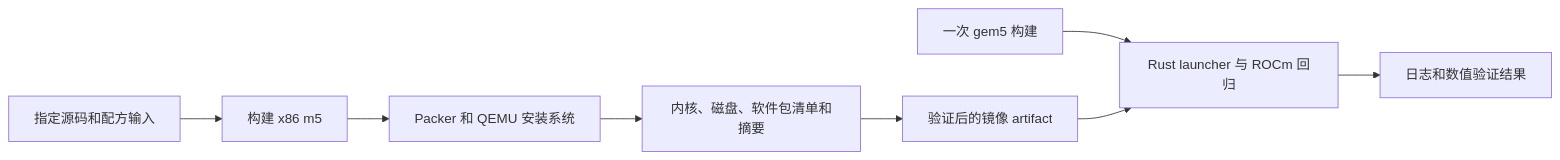
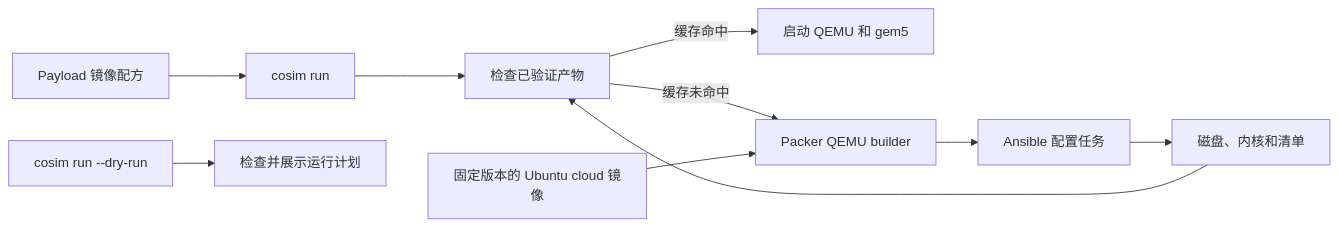
Before and after one commit to chengchen512/cosim-gpu: the diagram in docs/zh/rocm-image.md, drawn with Mermaid. The commit also changed other lines of this file and 98 other files, not shown here.

````diff
--- a/docs/zh/rocm-image.md
+++ b/docs/zh/rocm-image.md
@@ -14,10 +13,12 @@
 ```mermaid
 flowchart LR
-    S[指定源码和配方输入] --> M[构建 x86 m5]
-    M --> I[Packer 和 QEMU 安装系统]
-    I --> A[内核、磁盘、软件包清单和摘要]
-    A --> C[验证后的镜像 artifact]
-    G[一次 gem5 构建] --> R[Rust launcher 与 ROCm 回归]
-    C --> R
-    R --> V[日志和数值验证结果]
+    Y[Payload 镜像配方] --> C[cosim run]
+    C --> V[检查已验证产物]
+    V -->|缓存命中| Q[启动 QEMU 和 gem5]
+    V -->|缓存未命中| P[Packer QEMU builder]
+    B[固定版本的 Ubuntu cloud 镜像] --> P
+    P --> A[Ansible 配置任务]
+    A --> O[磁盘、内核和清单]
+    O --> V
+    D[cosim run --dry-run] --> R[检查并展示运行计划]
 ```
````
